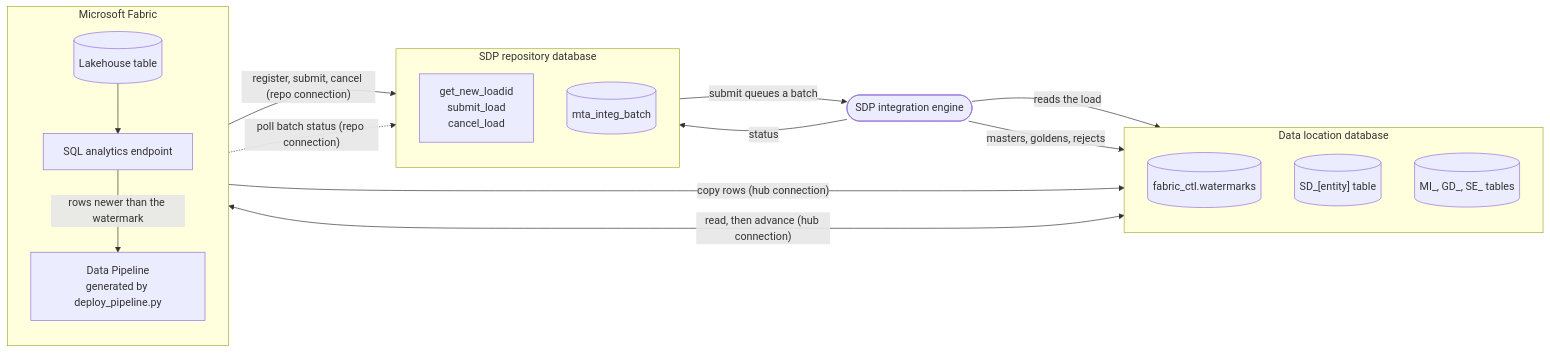
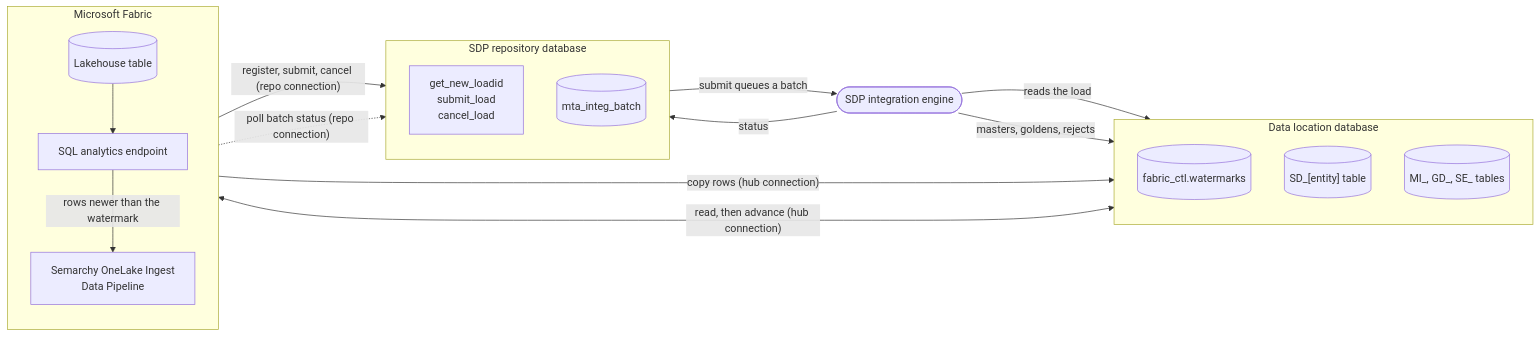
One commit to semarchy/onelake-ingest changed the diagram in README.md. Above: the diagram before and after it, drawn with Mermaid. The commit also changed other lines of this file and 3 other files, not shown here.

````diff
--- a/README.md
+++ b/README.md
@@ -8,30 +36,30 @@
 ```mermaid
 flowchart LR
   subgraph fabric["Microsoft Fabric"]
     direction TB
     lh[("Lakehouse table")] --> ep["SQL analytics endpoint"]
-    pl["Data Pipeline<br/>generated by deploy_pipeline.py"]
+    pl["Semarchy OneLake Ingest<br/>Data Pipeline"]
   end
   subgraph hub["Data location database"]
     direction TB
     wm[("fabric_ctl.watermarks")]
     sd[("SD_[entity] table")]
     gold[("MI_, GD_, SE_ tables")]
   end
   subgraph repo["SDP repository database"]
     direction TB
     fn["get_new_loadid<br/>submit_load<br/>cancel_load"]
     mb[("mta_integ_batch")]
   end
   engine(["SDP integration engine"])
 
   ep -->|"rows newer than the watermark"| pl
   pl -->|"copy rows (hub connection)"| sd
   pl <-->|"read, then advance (hub connection)"| wm
   pl -->|"register, submit, cancel (repo connection)"| fn
   pl -.->|"poll batch status (repo connection)"| mb
   fn -->|"submit queues a batch"| engine
   engine -->|"reads the load"| sd
   engine -->|"masters, goldens, rejects"| gold
   engine -->|"status"| mb
 ```
````
